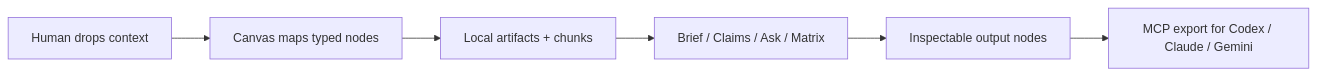
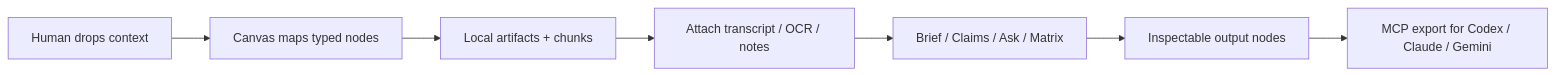
One commit to frankxai/starlight-agent-canvas changed the diagram in README.md. Above: the diagram before and after it, drawn with Mermaid. The commit also changed other lines of this file and 30 other files, not shown here.

````diff
--- a/README.md
+++ b/README.md
@@ -18,8 +18,9 @@
 ```mermaid
 flowchart LR
   human["Human drops context"] --> map["Canvas maps typed nodes"]
   map --> artifacts["Local artifacts + chunks"]
-  artifacts --> actions["Brief / Claims / Ask / Matrix"]
+  artifacts --> enrich["Attach transcript / OCR / notes"]
+  enrich --> actions["Brief / Claims / Ask / Matrix"]
   actions --> outputs["Inspectable output nodes"]
   outputs --> mcp["MCP export for Codex / Claude / Gemini"]
 ```
````
